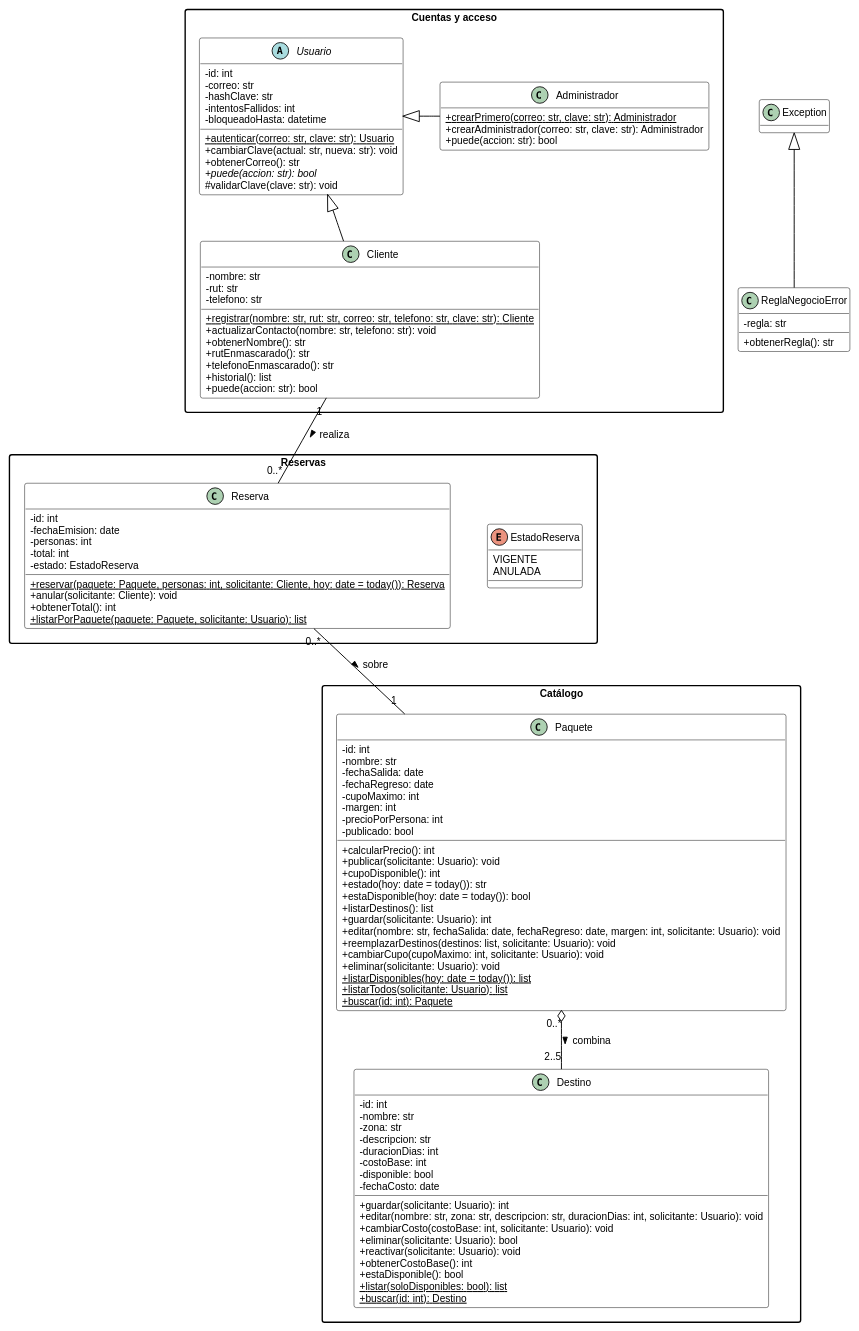
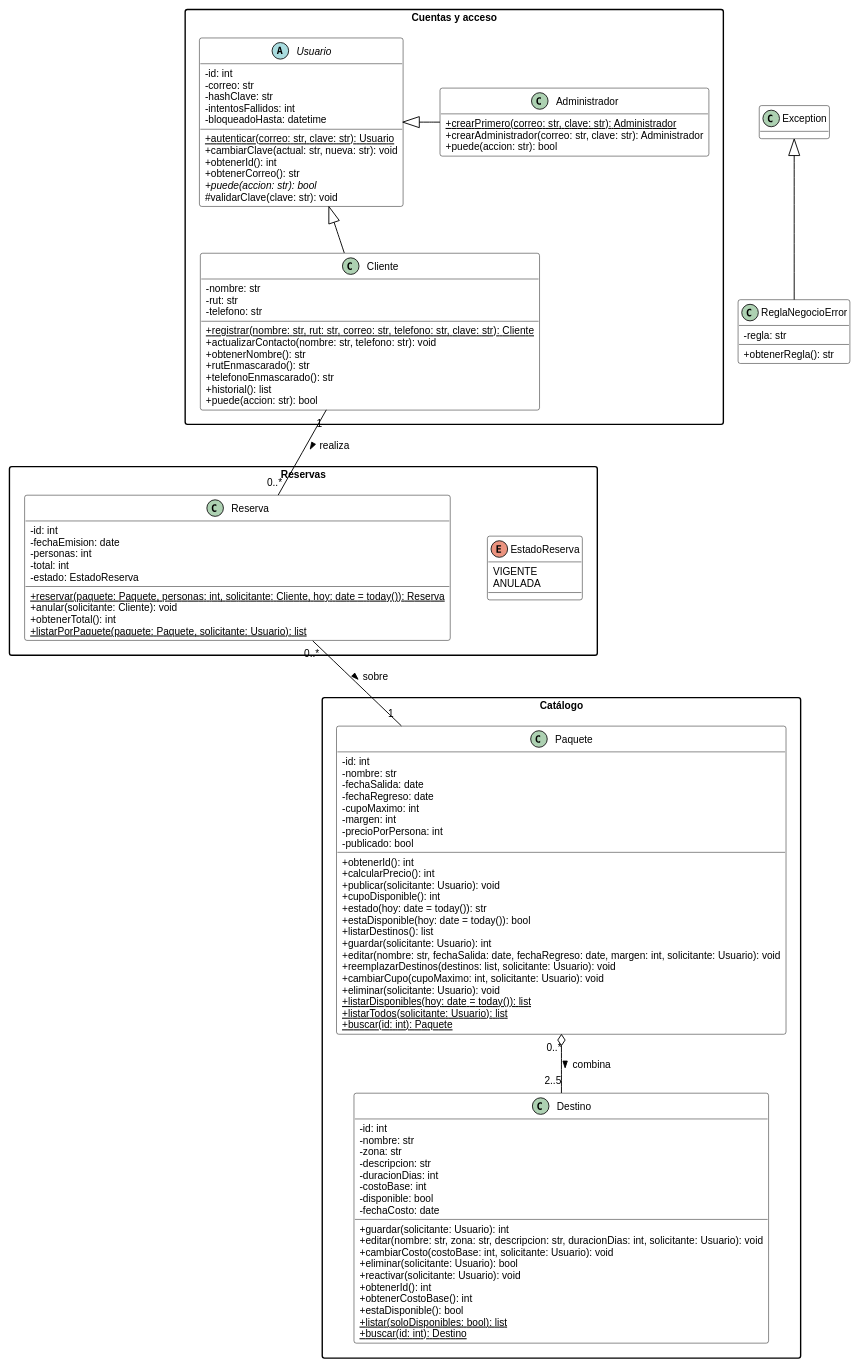
Before and after one commit to leonardoguerrerodev/POO-Viajes-Aventura: the diagram in diagramas/clases.puml, drawn with PlantUML. The commit also changed 2 other files, not shown here.

Commit message:
docs(modelo): HU-10 obtenerId en Usuario, Destino y Paquete

```diff
--- a/diagramas/clases.puml
+++ b/diagramas/clases.puml
@@ -1,137 +1,140 @@
 @startuml clases
 ' Diagrama de clases de Viajes Aventura (paso 5 del plan). Convención de la ES1: nombres en camelCase,
 ' privado con «-», protegido con «#», sin constructor, «void» cuando no devuelve nada. El código usa
 ' snake_case y herramientas/uml_vs_codigo.py convierte uno en otro para compararlos.
 skinparam classAttributeIconSize 0
 skinparam defaultFontName "Liberation Sans"
 skinparam defaultFontSize 11
 skinparam shadowing false
 skinparam packageStyle rectangle
 skinparam class {
   BackgroundColor white
   BorderColor black
   ArrowColor black
 }
 skinparam note {
   BackgroundColor #f6f6f6
   BorderColor #666666
 }
 hide empty fields
 skinparam nodesep 40
 skinparam ranksep 50
 
 package "Cuentas y acceso" {
   abstract class Usuario {
     - id: int
     - correo: str
     - hashClave: str
     - intentosFallidos: int
     - bloqueadoHasta: datetime
     + {static} autenticar(correo: str, clave: str): Usuario
     + cambiarClave(actual: str, nueva: str): void
+    + obtenerId(): int
     + obtenerCorreo(): str
     + {abstract} puede(accion: str): bool
     # validarClave(clave: str): void
   }
 
   class Cliente {
     - nombre: str
     - rut: str
     - telefono: str
     + {static} registrar(nombre: str, rut: str, correo: str, telefono: str, clave: str): Cliente
     + actualizarContacto(nombre: str, telefono: str): void
     + obtenerNombre(): str
     + rutEnmascarado(): str
     + telefonoEnmascarado(): str
     + historial(): list
     + puede(accion: str): bool
   }
 
   class Administrador {
     + {static} crearPrimero(correo: str, clave: str): Administrador
     + crearAdministrador(correo: str, clave: str): Administrador
     + puede(accion: str): bool
   }
 }
 
 package "Catálogo" {
   class Destino {
     - id: int
     - nombre: str
     - zona: str
     - descripcion: str
     - duracionDias: int
     - costoBase: int
     - disponible: bool
     - fechaCosto: date
     + guardar(solicitante: Usuario): int
     + editar(nombre: str, zona: str, descripcion: str, duracionDias: int, solicitante: Usuario): void
     + cambiarCosto(costoBase: int, solicitante: Usuario): void
     + eliminar(solicitante: Usuario): bool
     + reactivar(solicitante: Usuario): void
+    + obtenerId(): int
     + obtenerCostoBase(): int
     + estaDisponible(): bool
     + {static} listar(soloDisponibles: bool): list
     + {static} buscar(id: int): Destino
   }
 
   class Paquete {
     - id: int
     - nombre: str
     - fechaSalida: date
     - fechaRegreso: date
     - cupoMaximo: int
     - margen: int
     - precioPorPersona: int
     - publicado: bool
+    + obtenerId(): int
     + calcularPrecio(): int
     + publicar(solicitante: Usuario): void
     + cupoDisponible(): int
     + estado(hoy: date = today()): str
     + estaDisponible(hoy: date = today()): bool
     + listarDestinos(): list
     + guardar(solicitante: Usuario): int
     + editar(nombre: str, fechaSalida: date, fechaRegreso: date, margen: int, solicitante: Usuario): void
     + reemplazarDestinos(destinos: list, solicitante: Usuario): void
     + cambiarCupo(cupoMaximo: int, solicitante: Usuario): void
     + eliminar(solicitante: Usuario): void
     + {static} listarDisponibles(hoy: date = today()): list
     + {static} listarTodos(solicitante: Usuario): list
     + {static} buscar(id: int): Paquete
   }
 }
 
 package "Reservas" {
   class Reserva {
     - id: int
     - fechaEmision: date
     - personas: int
     - total: int
     - estado: EstadoReserva
     + {static} reservar(paquete: Paquete, personas: int, solicitante: Cliente, hoy: date = today()): Reserva
     + anular(solicitante: Cliente): void
     + obtenerTotal(): int
     + {static} listarPorPaquete(paquete: Paquete, solicitante: Usuario): list
   }
 
   enum EstadoReserva {
     VIGENTE
     ANULADA
   }
 }
 
 class ReglaNegocioError {
   - regla: str
   + obtenerRegla(): str
 }
 
 Usuario <|-- Cliente
 Usuario <|-right- Administrador
 Cliente "1" -down- "0..*" Reserva : realiza >
 Reserva -[hidden]right- EstadoReserva
 Administrador -[hidden]right- Paquete
 Paquete "0..*" o-down- "2..5" Destino : combina >
 Reserva "0..*" -- "1" Paquete : sobre >
 Exception <|-- ReglaNegocioError
 
 @enduml
```
